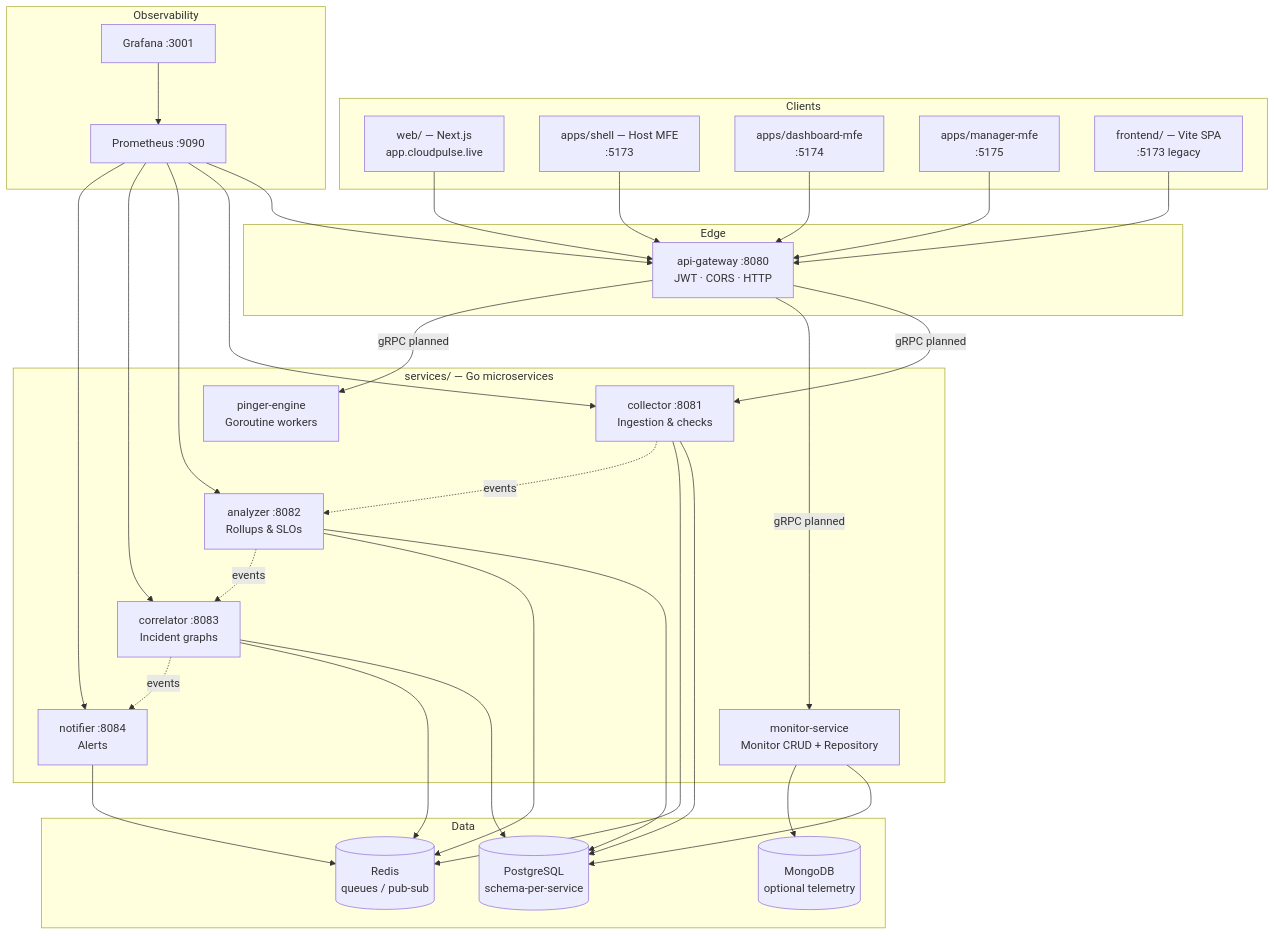
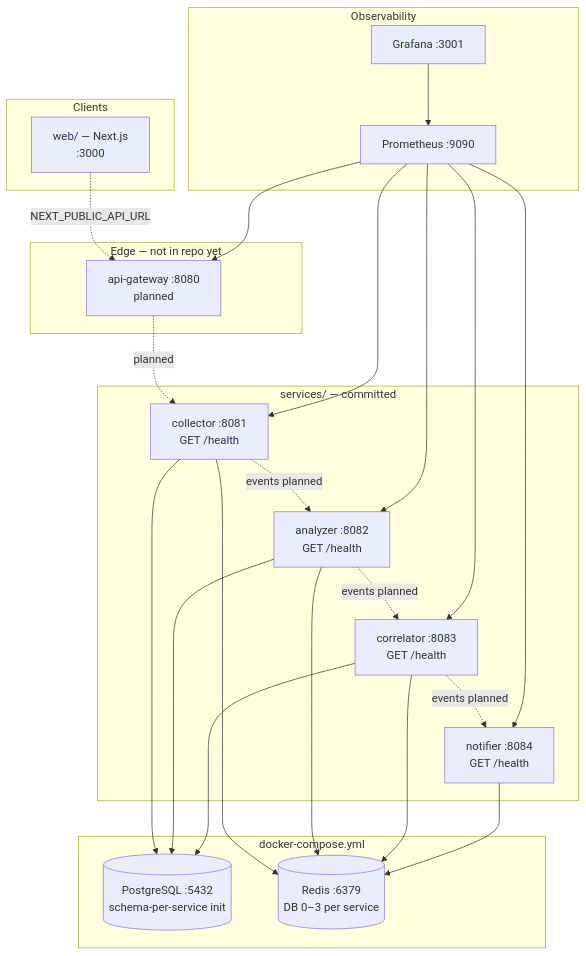
One commit to durgaprasadraju/CloudPulse changed the first of 4 diagrams in docs/day1/README.md. Above: the diagram before and after it, drawn with Mermaid. The commit also changed other lines of this file, not shown here.

````diff
--- a/docs/day1/README.md
+++ b/docs/day1/README.md
@@ -31,61 +47,45 @@
 ```mermaid
 flowchart TB
     subgraph Clients
-        WEB["web/ — Next.js<br/>app.cloudpulse.live"]
-        MFE_SHELL["apps/shell — Host MFE<br/>:5173"]
-        MFE_DASH["apps/dashboard-mfe<br/>:5174"]
-        MFE_MGR["apps/manager-mfe<br/>:5175"]
-        LEGACY_FE["frontend/ — Vite SPA<br/>:5173 legacy"]
+        WEB["web/ — Next.js<br/>:3000"]
     end
 
-    subgraph Edge
-        GW["api-gateway :8080<br/>JWT · CORS · HTTP"]
+    subgraph Edge["Edge — not in repo yet"]
+        GW["api-gateway :8080<br/>planned"]
     end
 
-    subgraph Services["services/ — Go microservices"]
-        COL["collector :8081<br/>Ingestion & checks"]
-        ANA["analyzer :8082<br/>Rollups & SLOs"]
-        COR["correlator :8083<br/>Incident graphs"]
-        NOT["notifier :8084<br/>Alerts"]
-        PING["pinger-engine<br/>Goroutine workers"]
-        MON["monitor-service<br/>Monitor CRUD + Repository"]
+    subgraph Services["services/ — committed"]
+        COL["collector :8081<br/>GET /health"]
+        ANA["analyzer :8082<br/>GET /health"]
+        COR["correlator :8083<br/>GET /health"]
+        NOT["notifier :8084<br/>GET /health"]
     end
 
-    subgraph Data
-        PG[(PostgreSQL<br/>schema-per-service)]
-        REDIS[(Redis<br/>queues / pub-sub)]
-        MONGO[(MongoDB<br/>optional telemetry)]
+    subgraph Data["docker-compose.yml"]
+        PG[(PostgreSQL :5432<br/>schema-per-service init)]
+        REDIS[(Redis :6379<br/>DB 0–3 per service)]
     end
 
     subgraph Observability
         PROM[Prometheus :9090]
         GRAF[Grafana :3001]
     end
 
-    WEB --> GW
-    MFE_SHELL --> GW
-    MFE_DASH --> GW
-    MFE_MGR --> GW
-    LEGACY_FE --> GW
-
-    GW -->|gRPC planned| COL
-    GW -->|gRPC planned| MON
-    GW -->|gRPC planned| PING
+    WEB -.->|NEXT_PUBLIC_API_URL| GW
+    GW -.->|planned| COL
 
     COL --> PG
     COL --> REDIS
     ANA --> PG
     ANA --> REDIS
     COR --> PG
     COR --> REDIS
     NOT --> REDIS
-    MON --> PG
-    MON --> MONGO
 
-    COL -.->|events| ANA
-    ANA -.->|events| COR
-    COR -.->|events| NOT
+    COL -.->|events planned| ANA
+    ANA -.->|events planned| COR
+    COR -.->|events planned| NOT
 
     PROM --> GW & COL & ANA & COR & NOT
     GRAF --> PROM
 ```
````
